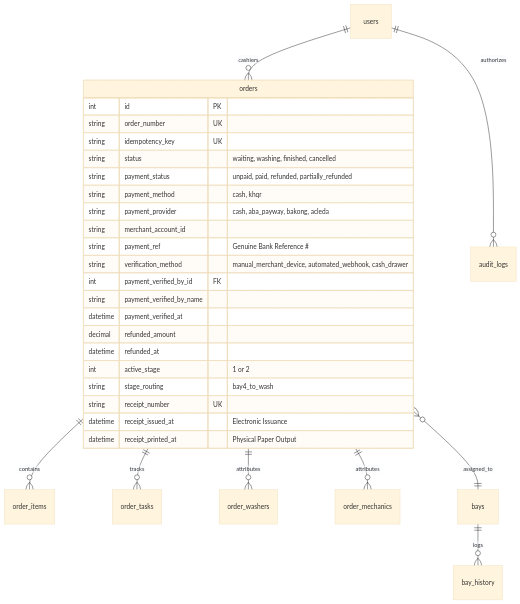
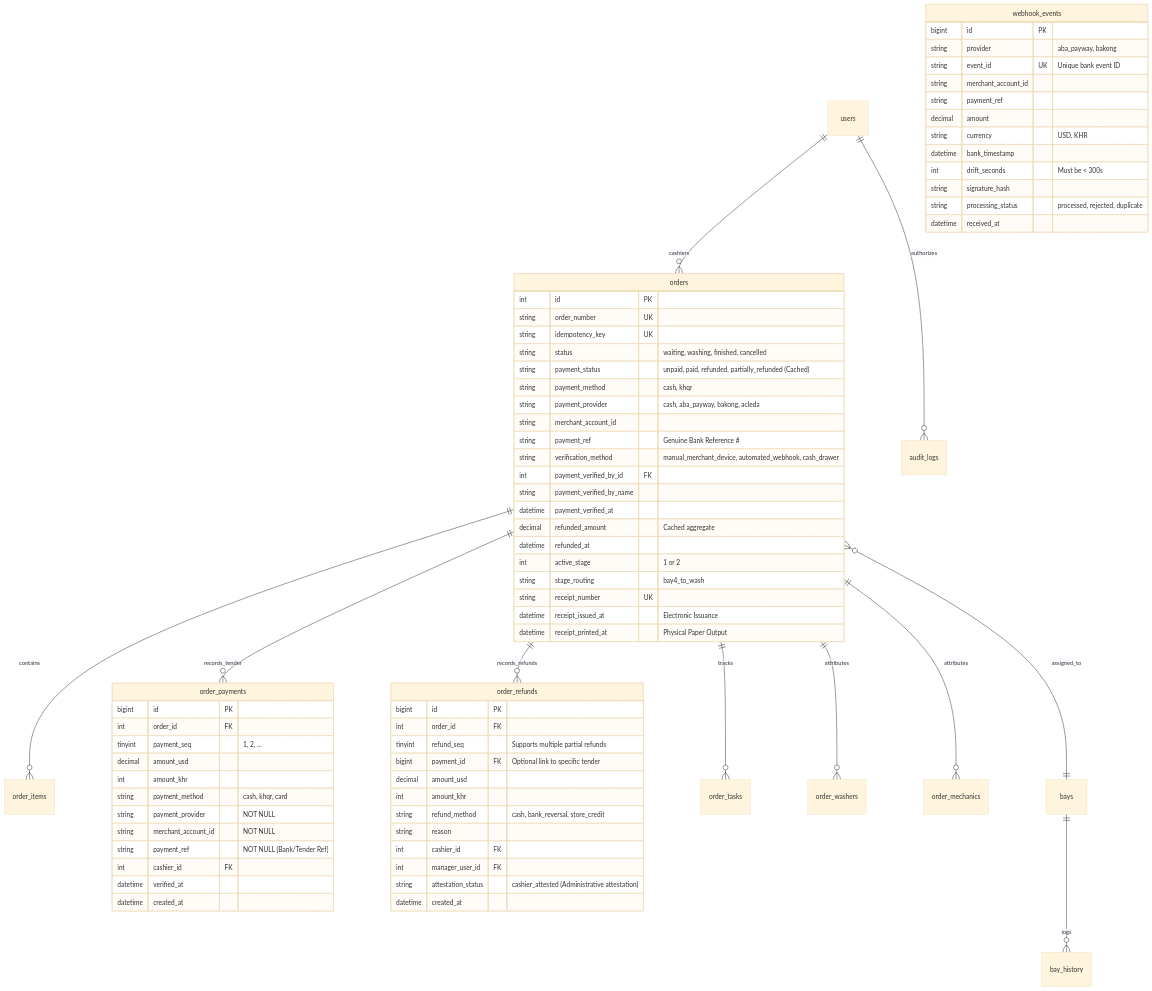
One commit to Tiffy-gif/Car-WashService changed the second of 2 diagrams in POS-IMPLEMENTATION-DEPENDENCY-MAP.md. Above: the diagram before and after it, drawn with Mermaid (base theme). The commit also changed other lines of this file and 4 other files, not shown here.

````diff
--- a/POS-IMPLEMENTATION-DEPENDENCY-MAP.md
+++ b/POS-IMPLEMENTATION-DEPENDENCY-MAP.md
@@ -315,34 +337,81 @@
 ```mermaid
 erDiagram
     orders ||--o{ order_items : contains
+    orders ||--o{ order_payments : records_tender
+    orders ||--o{ order_refunds : records_refunds
     orders ||--o{ order_tasks : tracks
     orders ||--o{ order_washers : attributes
     orders ||--o{ order_mechanics : attributes
     orders }o--|| bays : assigned_to
     bays ||--o{ bay_history : logs
     users ||--o{ orders : cashiers
     users ||--o{ audit_logs : authorizes
 
     orders {
         int id PK
         string order_number UK
         string idempotency_key UK
         string status "waiting, washing, finished, cancelled"
-        string payment_status "unpaid, paid, refunded, partially_refunded"
+        string payment_status "unpaid, paid, refunded, partially_refunded (Cached)"
         string payment_method "cash, khqr"
         string payment_provider "cash, aba_payway, bakong, acleda"
         string merchant_account_id
         string payment_ref "Genuine Bank Reference #"
         string verification_method "manual_merchant_device, automated_webhook, cash_drawer"
         int payment_verified_by_id FK
         string payment_verified_by_name
         datetime payment_verified_at
-        decimal refunded_amount
+        decimal refunded_amount "Cached aggregate"
         datetime refunded_at
         int active_stage "1 or 2"
         string stage_routing "bay4_to_wash"
         string receipt_number UK
         datetime receipt_issued_at "Electronic Issuance"
         datetime receipt_printed_at "Physical Paper Output"
     }
+
+    order_payments {
+        bigint id PK
+        int order_id FK
+        tinyint payment_seq "1, 2, ..."
+        decimal amount_usd
+        int amount_khr
+        string payment_method "cash, khqr, card"
+        string payment_provider "NOT NULL"
+        string merchant_account_id "NOT NULL"
+        string payment_ref "NOT NULL (Bank/Tender Ref)"
+        int cashier_id FK
+        datetime verified_at
+        datetime created_at
+    }
+
+    order_refunds {
+        bigint id PK
+        int order_id FK
+        tinyint refund_seq "Supports multiple partial refunds"
+        bigint payment_id FK "Optional link to specific tender"
+        decimal amount_usd
+        int amount_khr
+        string refund_method "cash, bank_reversal, store_credit"
+        string reason
+        int cashier_id FK
+        int manager_user_id FK
+        string attestation_status "cashier_attested (Administrative attestation)"
+        datetime created_at
+    }
+
+    webhook_events {
+        bigint id PK
+        string provider "aba_payway, bakong"
+        string event_id UK "Unique bank event ID"
+        string merchant_account_id
+        string payment_ref
+        decimal amount
+        string currency "USD, KHR"
+        datetime bank_timestamp
+        int drift_seconds "Must be < 300s"
+        string signature_hash
+        string processing_status "processed, rejected, duplicate"
+        datetime received_at
+    }
 ```
````
